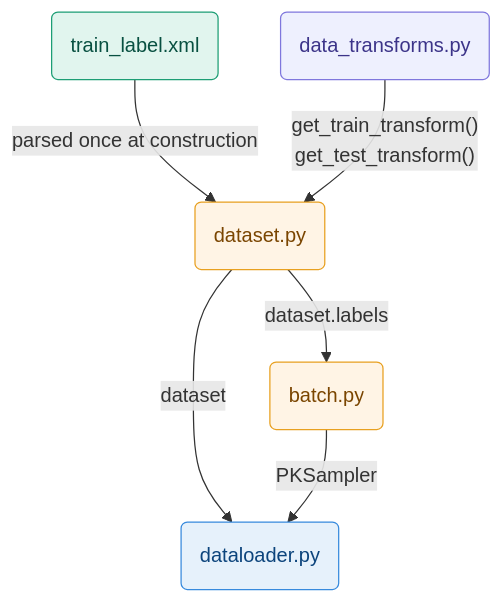
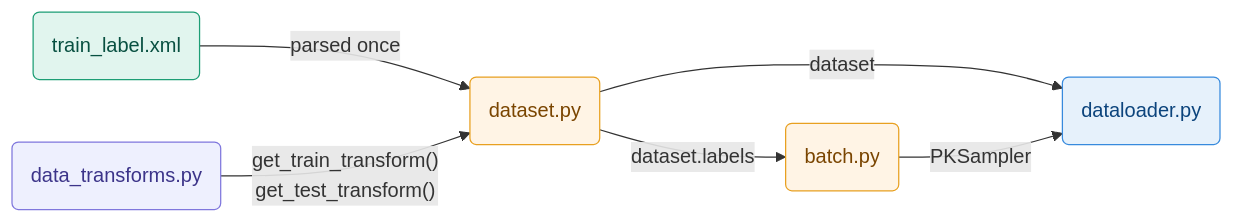
Before and after one commit to Volvert/INFO8010-DeepLearing: the diagram in DATAINIT.md, drawn with Mermaid. The commit also changed other lines of this file, not shown here.

````diff
--- a/DATAINIT.md
+++ b/DATAINIT.md
@@ -3,20 +15,14 @@
 ```mermaid
-flowchart TD
-    XML("train_label.xml")
-    T("data_transforms.py")
-    D("dataset.py")
-    B("batch.py")
-    DL("dataloader.py")
-
-    XML -- "parsed once at construction" --> D
-    T -- "get_train_transform()\nget_test_transform()" --> D
-    D -- "dataset.labels" --> B
-    D -- "dataset" --> DL
+flowchart LR
+    XML("train_label.xml") -- "parsed once" --> D("dataset.py")
+    T("data_transforms.py") -- "get_train_transform()\nget_test_transform()" --> D
+    D -- "dataset.labels" --> B("batch.py")
+    D -- "dataset" --> DL("dataloader.py")
     B -- "PKSampler" --> DL
 
     style XML fill:#E1F5EE,stroke:#1D9E75,color:#085041
     style T fill:#EEF0FE,stroke:#7F77DD,color:#3C3489
     style D fill:#FFF4E5,stroke:#E8A020,color:#7A4500
     style B fill:#FFF4E5,stroke:#E8A020,color:#7A4500
     style DL fill:#E6F1FB,stroke:#378ADD,color:#0C447C
 ```
````
